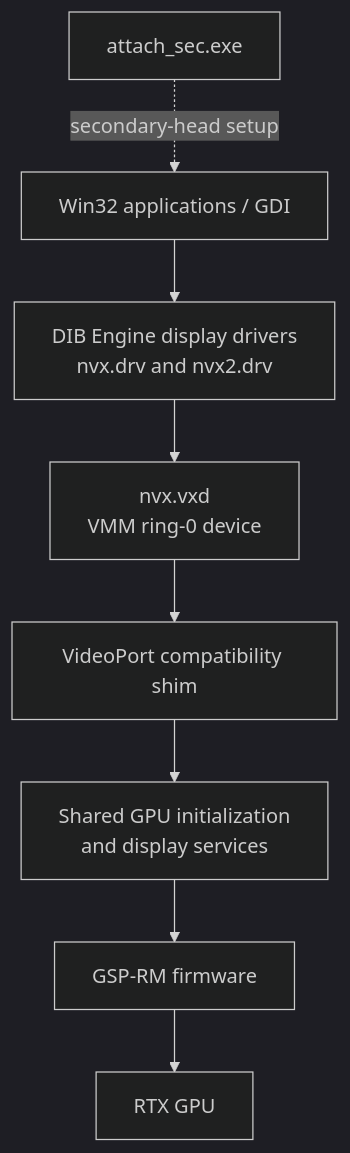
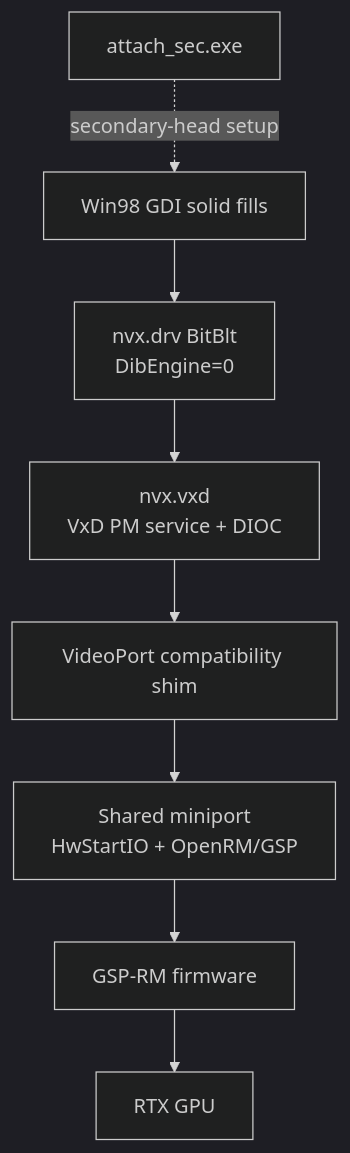
One commit to sanjayseshan/open_nvx_windows changed the third of 3 diagrams in README.md. Above: the diagram before and after it, drawn with Mermaid (dark theme). The commit also changed other lines of this file and 28 other files, not shown here.

Commit message:
Add Win98 GPU accelerated solid fills

````diff
--- a/README.md
+++ b/README.md
@@ -127,10 +127,10 @@
 ```mermaid
 flowchart TB
-  APP[Win32 applications / GDI] --> DIB[DIB Engine display drivers<br/>nvx.drv and nvx2.drv]
-  DIB --> VXD[nvx.vxd<br/>VMM ring-0 device]
+  APP[Win98 GDI solid fills] --> DIB[nvx.drv BitBlt<br/>DibEngine=0]
+  DIB --> VXD[nvx.vxd<br/>VxD PM service + DIOC]
   VXD --> SHIM[VideoPort compatibility shim]
-  SHIM --> CORE[Shared GPU initialization<br/>and display services]
+  SHIM --> CORE[Shared miniport<br/>HwStartIO + OpenRM/GSP]
   CORE --> RM[GSP-RM firmware]
   RM --> GPU[RTX GPU]
   UTIL[attach_sec.exe] -. secondary-head setup .-> APP
 ```
````
